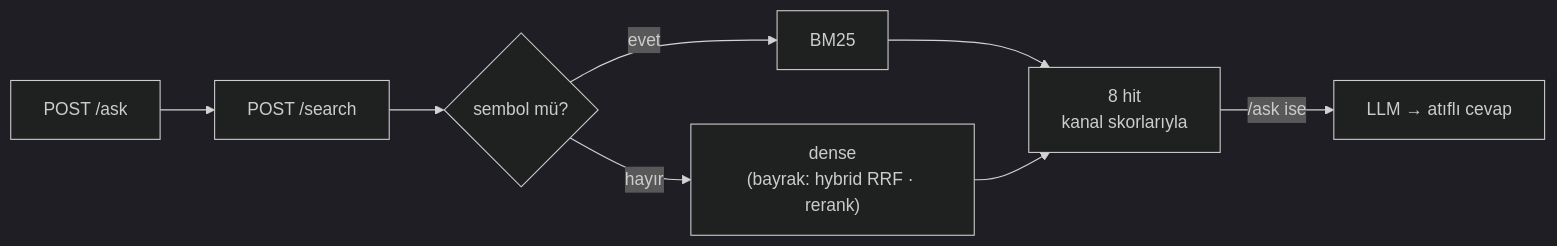
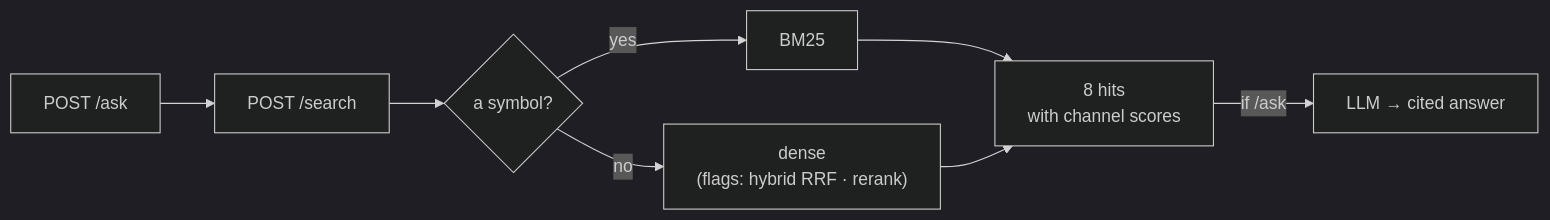
The second of 2 diagrams in README.md (fport/milvus-rag), drawn with Mermaid (dark theme) before and after one commit. The commit also changed other lines of this file and 5 other files, not shown here.

````diff
--- a/README.md
+++ b/README.md
@@ -35,7 +39,7 @@
 ```mermaid
 flowchart LR
-    ASK["POST /ask"] --> SEARCH["POST /search"] --> ROTA{"sembol mü?"}
-    ROTA -->|evet| BM25["BM25"] --> HIT["8 hit<br>kanal skorlarıyla"]
-    ROTA -->|hayır| DENSE["dense<br>(bayrak: hybrid RRF · rerank)"] --> HIT
-    HIT -->|"/ask ise"| CEVAP["LLM → atıflı cevap"]
+    ASK["POST /ask"] --> SEARCH["POST /search"] --> ROUTE{"a symbol?"}
+    ROUTE -->|yes| BM25["BM25"] --> HIT["8 hits<br>with channel scores"]
+    ROUTE -->|no| DENSE["dense<br>(flags: hybrid RRF · rerank)"] --> HIT
+    HIT -->|"if /ask"| ANSWER["LLM → cited answer"]
 ```
````
